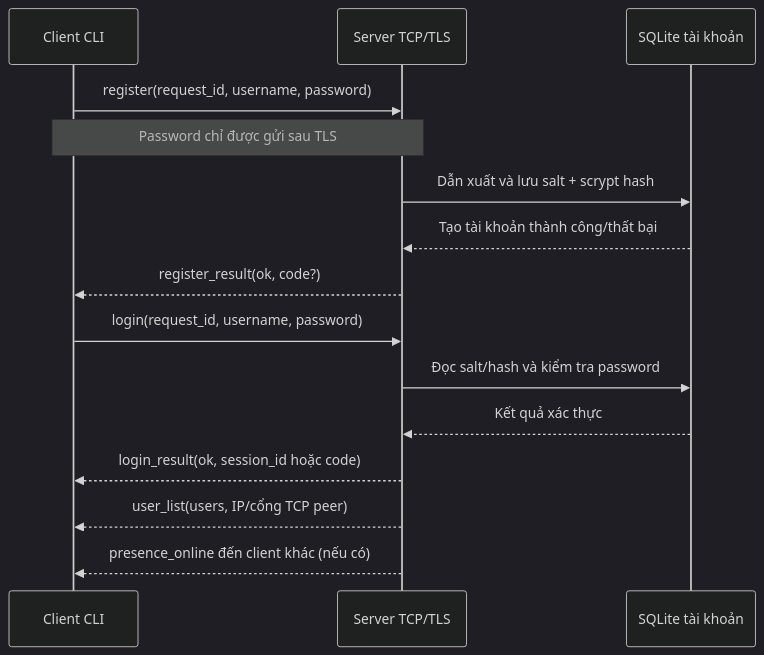
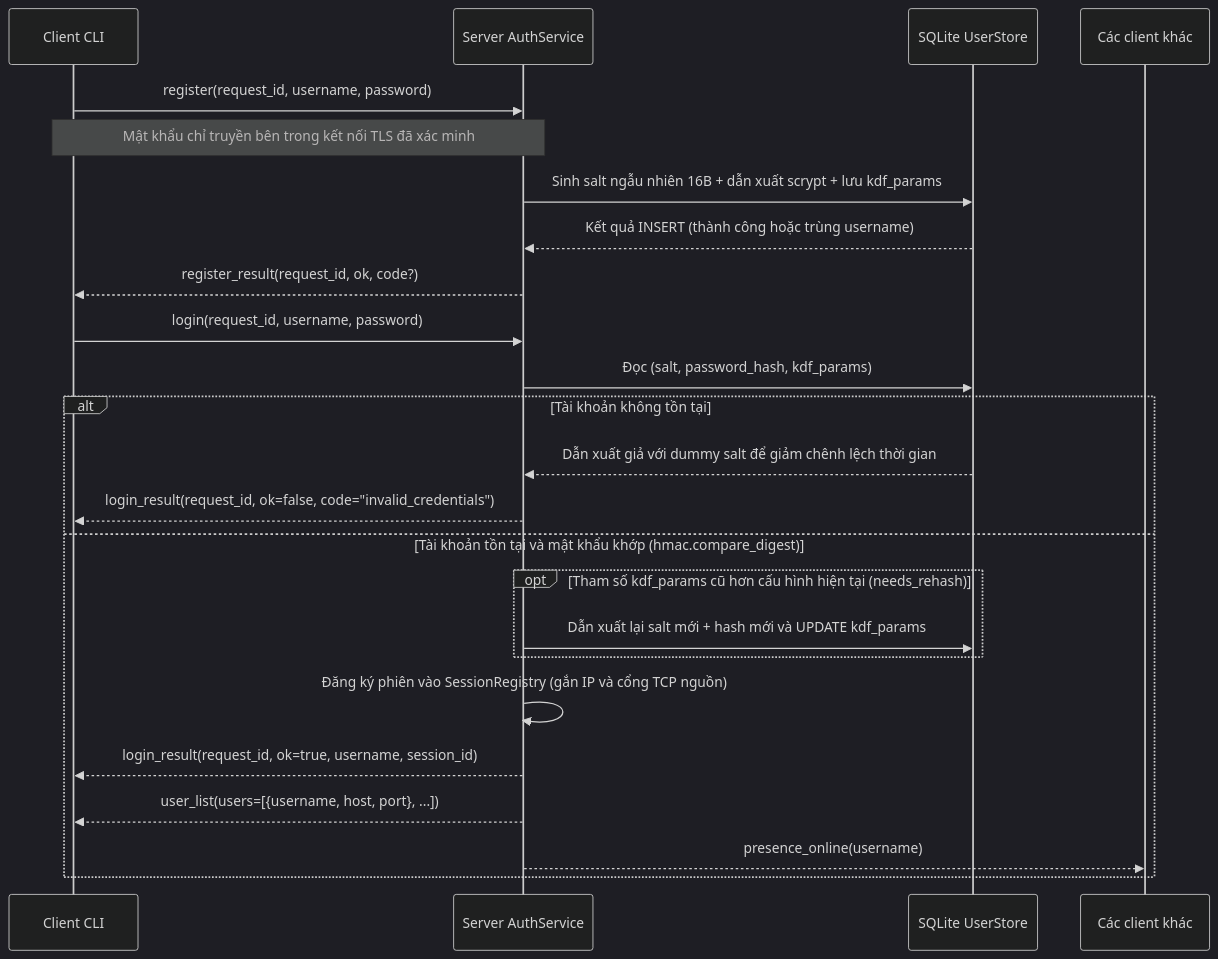
One commit to TrungTran1209/distributed-client-server-app changed the second of 6 diagrams in docs/sequence-diagrams.md. Above: the diagram before and after it, drawn with Mermaid (dark theme). The commit also changed other lines of this file and 9 other files, not shown here.

Commit message:
docs: complete Member 3 protocol, security, diagrams, and technical report PDF

````diff
--- a/docs/sequence-diagrams.md
+++ b/docs/sequence-diagrams.md
@@ -32,17 +34,27 @@
 ```mermaid
 sequenceDiagram
     participant C as Client CLI
-    participant T as Server TCP/TLS
-    participant DB as SQLite tài khoản
+    participant T as Server AuthService
+    participant DB as SQLite UserStore
+
     C->>T: register(request_id, username, password)
-    Note over C,T: Password chỉ được gửi sau TLS
-    T->>DB: Dẫn xuất và lưu salt + scrypt hash
-    DB-->>T: Tạo tài khoản thành công/thất bại
-    T-->>C: register_result(ok, code?)
+    Note over C,T: Mật khẩu chỉ truyền bên trong kết nối TLS đã xác minh
+    T->>DB: Sinh salt ngẫu nhiên 16B + dẫn xuất scrypt + lưu kdf_params
+    DB-->>T: Kết quả INSERT (thành công hoặc trùng username)
+    T-->>C: register_result(request_id, ok, code?)
+
     C->>T: login(request_id, username, password)
-    T->>DB: Đọc salt/hash và kiểm tra password
-    DB-->>T: Kết quả xác thực
-    T-->>C: login_result(ok, session_id hoặc code)
-    T-->>C: user_list(users, IP/cổng TCP peer)
-    T-->>C: presence_online đến client khác (nếu có)
+    T->>DB: Đọc (salt, password_hash, kdf_params)
+    alt Tài khoản không tồn tại
+        DB-->>T: Dẫn xuất giả với dummy salt để giảm chênh lệch thời gian
+        T-->>C: login_result(request_id, ok=false, code="invalid_credentials")
+    else Tài khoản tồn tại và mật khẩu khớp (hmac.compare_digest)
+        opt Tham số kdf_params cũ hơn cấu hình hiện tại (needs_rehash)
+            T->>DB: Dẫn xuất lại salt mới + hash mới và UPDATE kdf_params
+        end
+        T->>T: Đăng ký phiên vào SessionRegistry (gắn IP và cổng TCP nguồn)
+        T-->>C: login_result(request_id, ok=true, username, session_id)
+        T-->>C: user_list(users=[{username, host, port}, ...])
+        T-->>Các client khác: presence_online(username)
+    end
 ```
````
